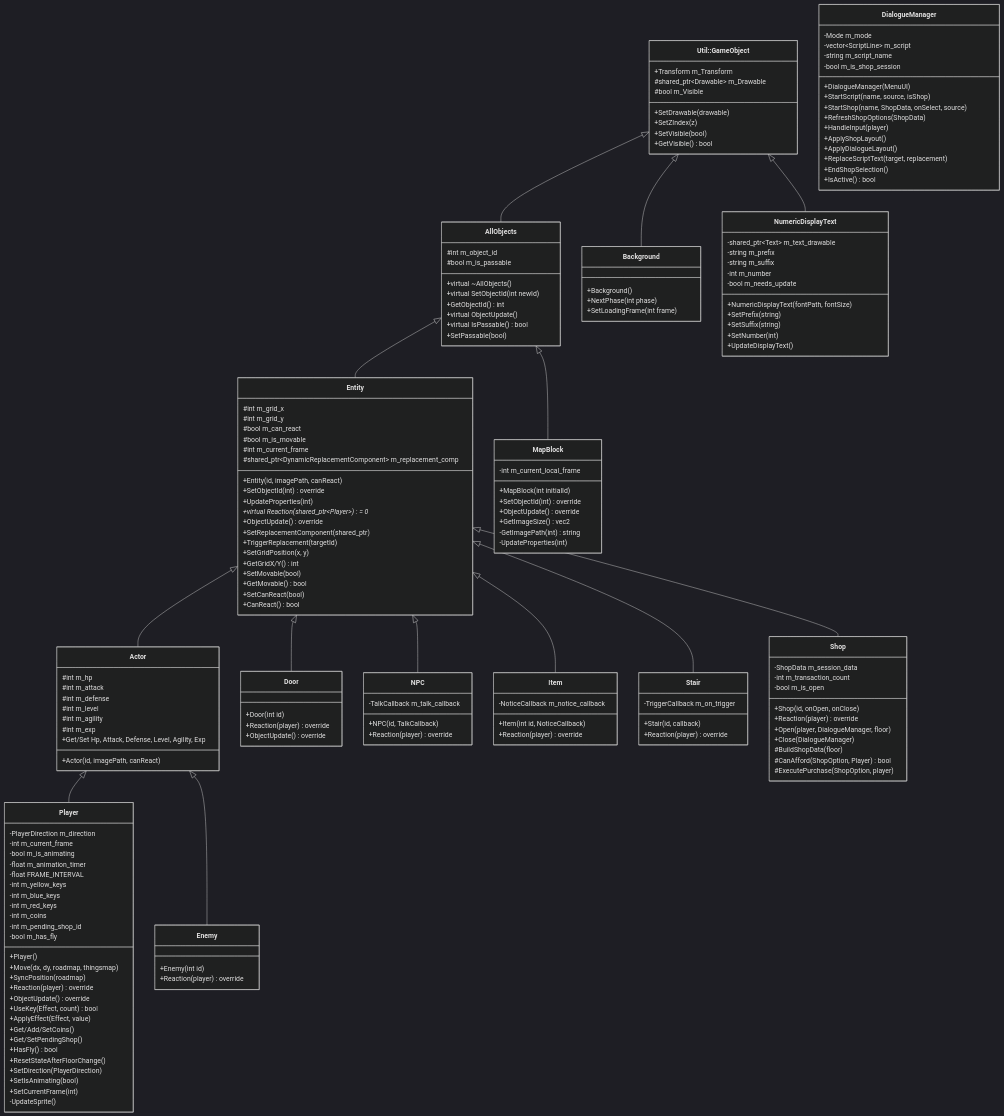
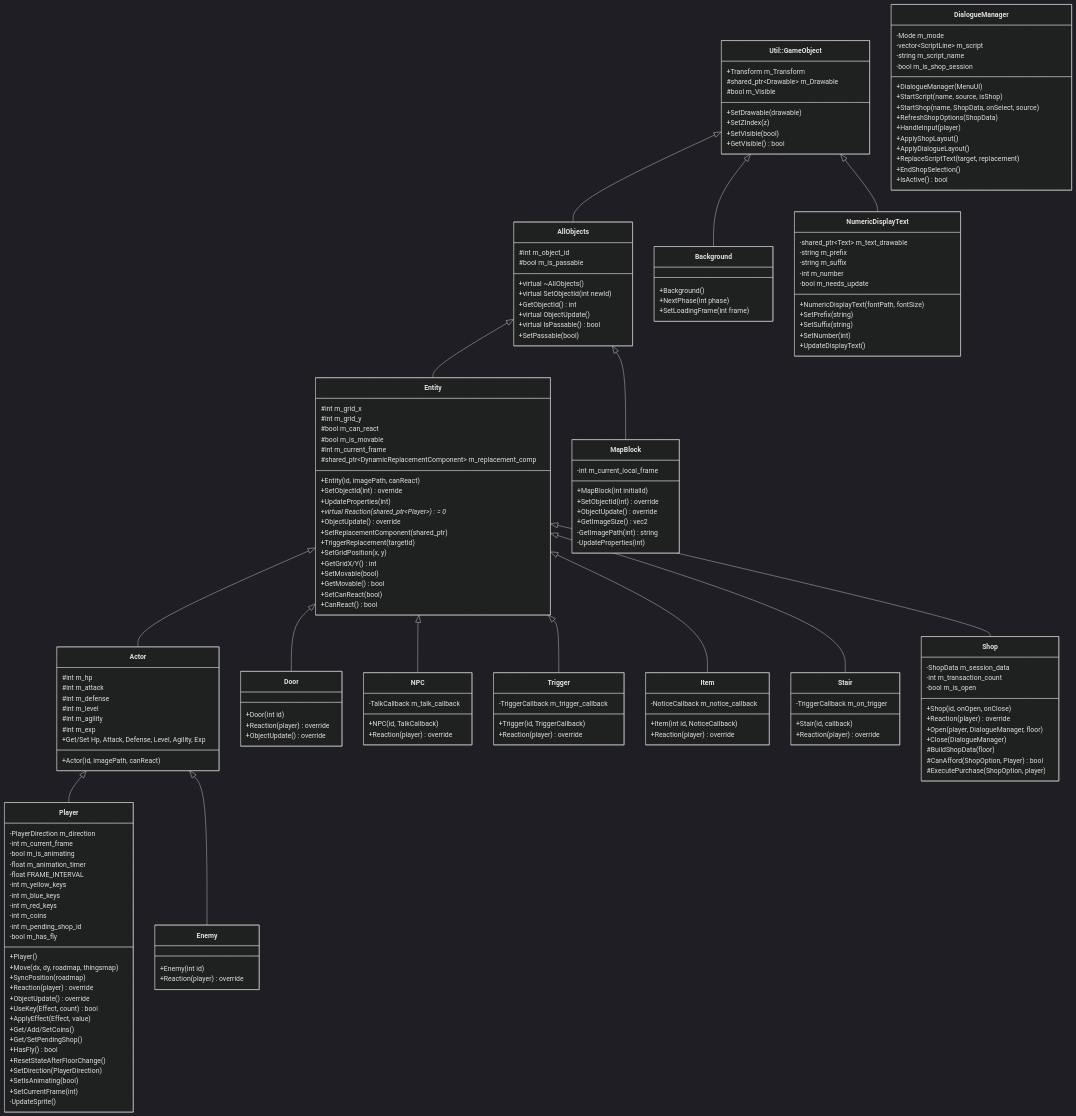
Before and after one commit to XWJWPIY/schoolwork_recreate_magic_tower: the first of 4 diagrams in Constructure.md, drawn with Mermaid (dark theme). The commit also changed other lines of this file, not shown here.

```diff
--- a/Constructure.md
+++ b/Constructure.md
@@ -133,6 +133,12 @@
         +Reaction(player) override
     }
 
+    class Trigger {
+        -TriggerCallback m_trigger_callback
+        +Trigger(id, TriggerCallback)
+        +Reaction(player) override
+    }
+
     class Item {
         -NoticeCallback m_notice_callback
         +Item(int id, NoticeCallback)
@@ -188,6 +194,7 @@
     Entity <|-- Item
     Entity <|-- Stair
     Entity <|-- Shop
+    Entity <|-- Trigger
     Entity <|-- Actor
     Actor <|-- Player
     Actor <|-- Enemy
```
